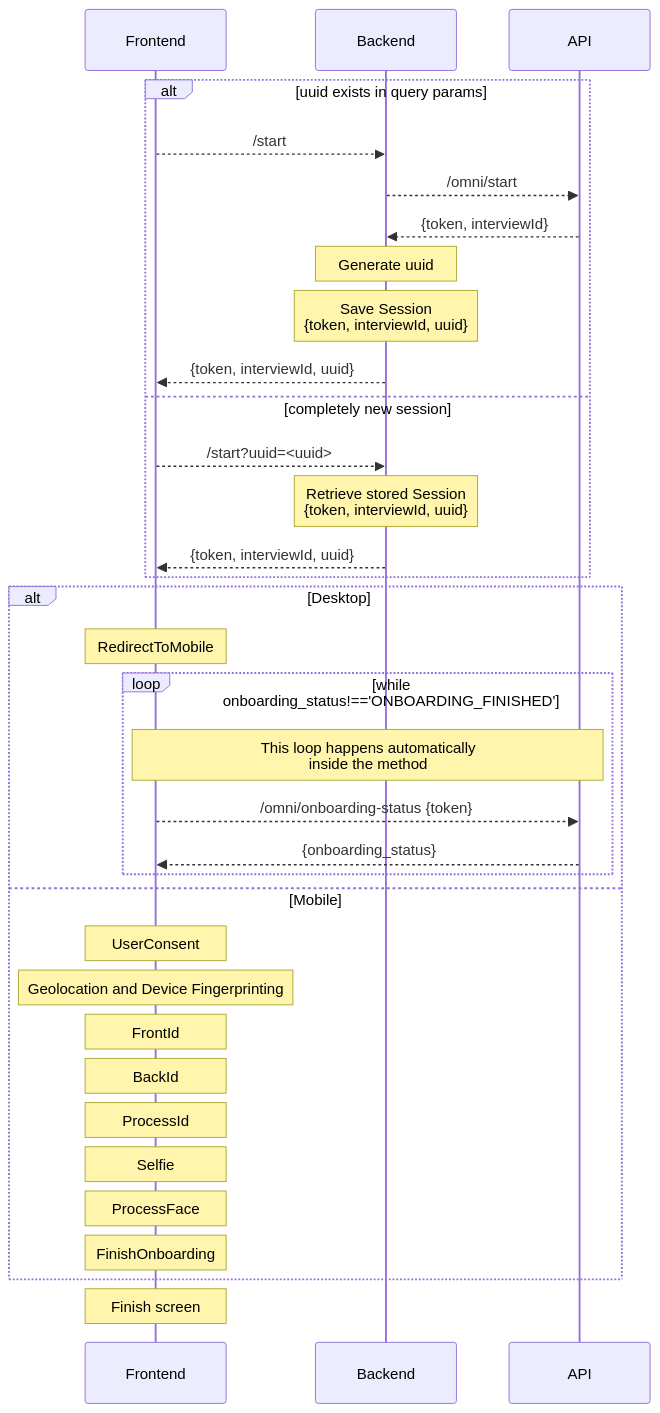
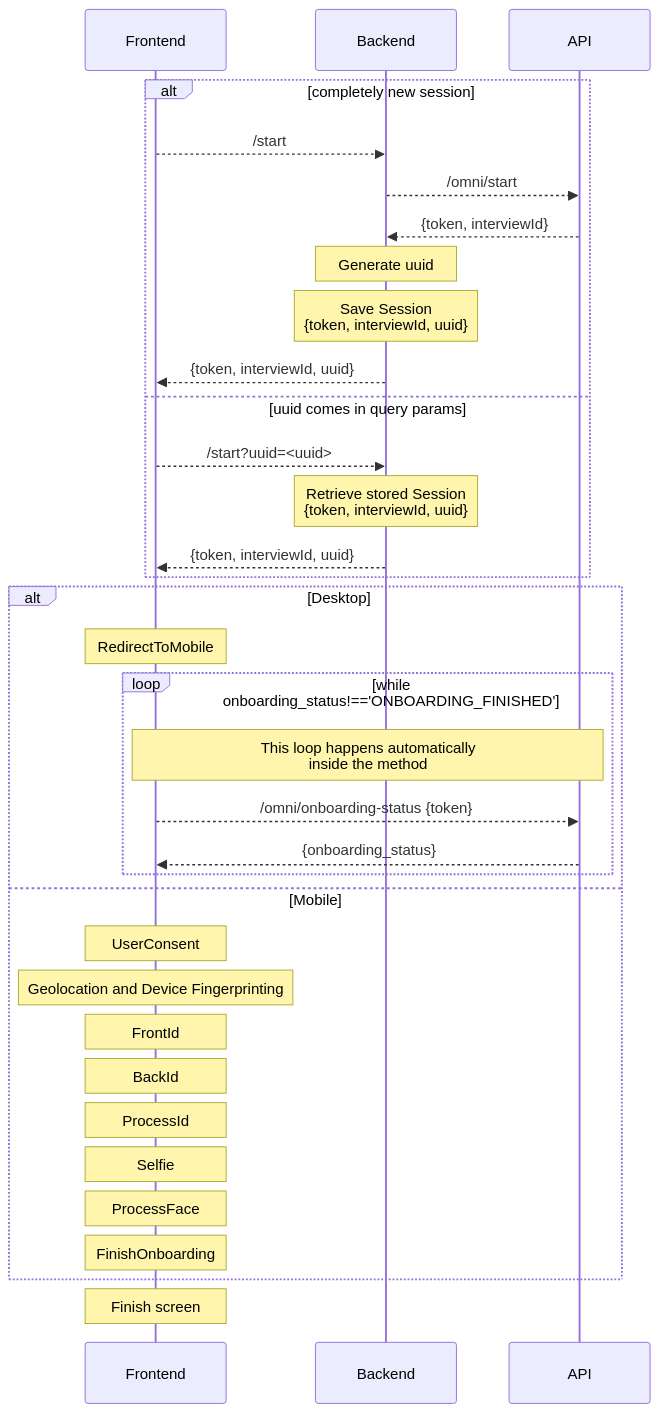
Before and after one commit to Incode-Technologies-Example-Repos/typescript-samples: the diagram in react-sample/README.md, drawn with Mermaid.

Commit message:
corrected diagram

````diff
--- a/react-sample/README.md
+++ b/react-sample/README.md
@@ -80,39 +80,39 @@
 ```mermaid
 sequenceDiagram
     participant f as Frontend
     participant b as Backend
     participant a as API
     
-    alt uuid exists in query params
+    alt completely new session
         f -->> b: /start
         b -->> a: /omni/start
         a -->> b: {token, interviewId}
         note over b: Generate uuid
         note over b: Save Session<br>{token, interviewId, uuid}
         b-->> f: {token, interviewId, uuid}
-    else completely new session
+    else uuid comes in query params
         f -->> b: /start?uuid=<uuid>
         note over b: Retrieve stored Session<br>{token, interviewId, uuid}
         b-->> f: {token, interviewId, uuid}
     end
 
     alt Desktop
         note over f: RedirectToMobile
         
         loop while onboarding_status!=='ONBOARDING_FINISHED'
         note over f, a: This loop happens automatically<br> inside the method
             f -->> a: /omni/onboarding-status {token}
             a-->> f: {onboarding_status}
         end
     else Mobile
         note over f: UserConsent
         note over f: Geolocation and Device Fingerprinting
         note over f: FrontId
         note over f: BackId
         note over f: ProcessId
         note over f: Selfie
         note over f: ProcessFace
         note over f: FinishOnboarding
     end
     note over f: Finish screen
 ```
````
